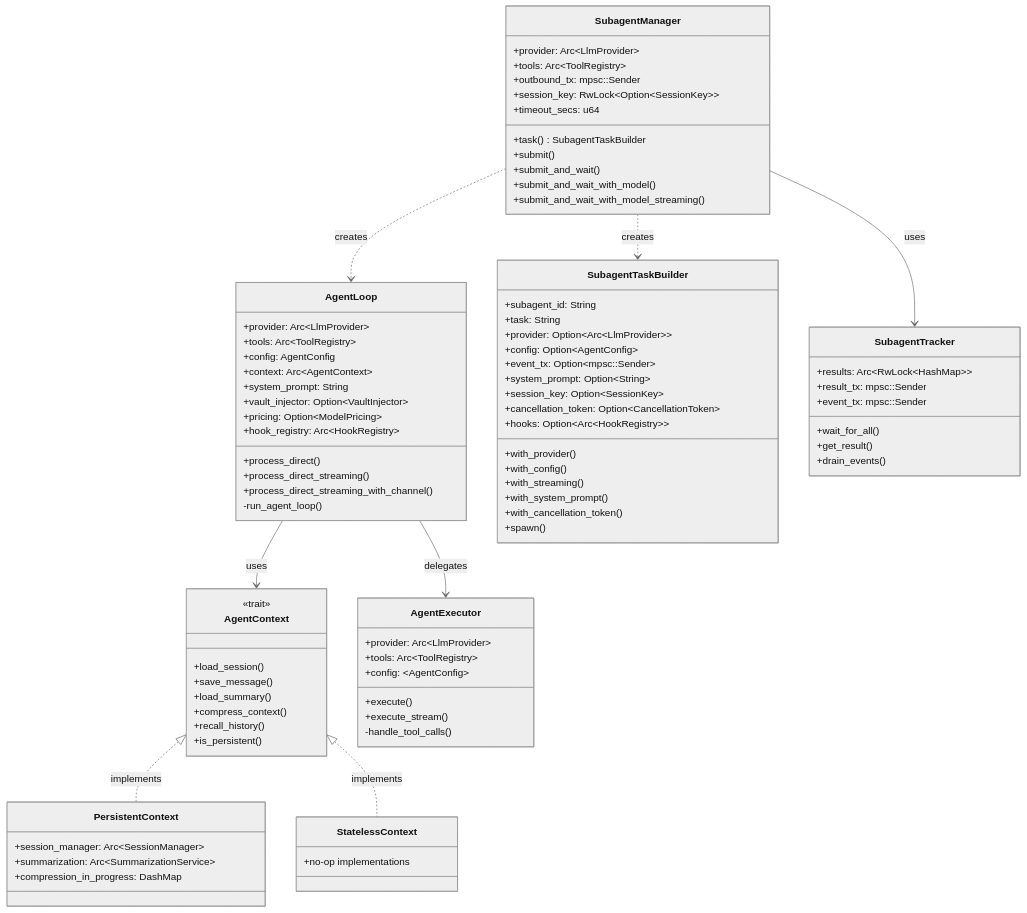
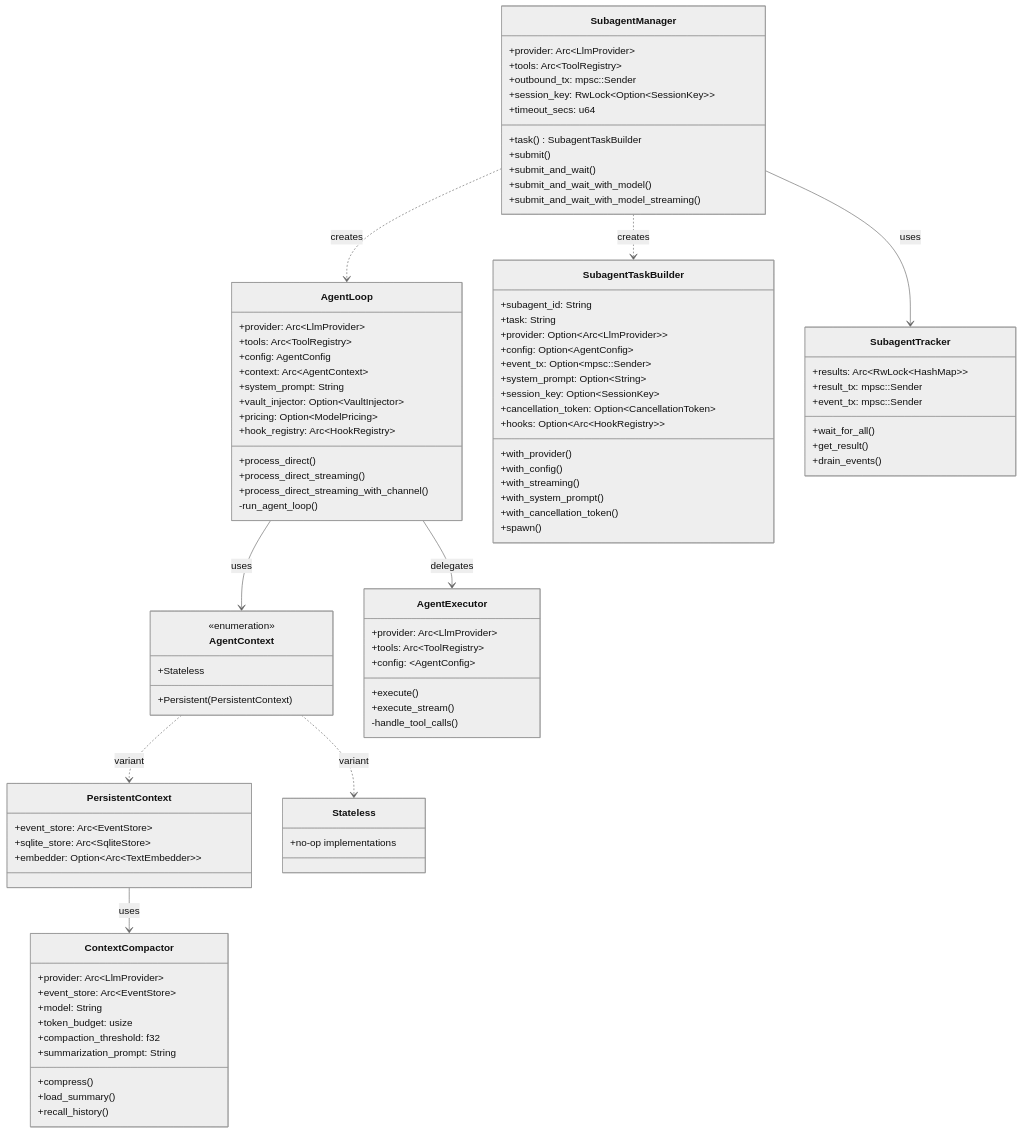
The fourth of 4 diagrams in docs/agent_flow.md (yeheng/nanobot-rs), drawn with Mermaid (neutral theme) before and after one commit. The commit also changed other lines of this file and 22 other files, not shown here.

```diff
--- a/docs/agent_flow.md
+++ b/docs/agent_flow.md
@@ -159,23 +159,31 @@
     }
 
     class AgentContext {
-        <<trait>>
-        +load_session()
-        +save_message()
-        +load_summary()
-        +compress_context()
-        +recall_history()
-        +is_persistent()
+        <<enumeration>>
+        +Persistent(PersistentContext)
+        +Stateless
     }
 
     class PersistentContext {
-        +session_manager: Arc~SessionManager~
-        +summarization: Arc~SummarizationService~
-        +compression_in_progress: DashMap
+        +event_store: Arc~EventStore~
+        +sqlite_store: Arc~SqliteStore~
+        +embedder: Option~Arc~TextEmbedder~~
     }
 
-    class StatelessContext {
+    class Stateless {
         +no-op implementations
+    }
+
+    class ContextCompactor {
+        +provider: Arc~LlmProvider~
+        +event_store: Arc~EventStore~
+        +model: String
+        +token_budget: usize
+        +compaction_threshold: f32
+        +summarization_prompt: String
+        +compress()
+        +load_summary()
+        +recall_history()
     }
 
     class AgentExecutor {
@@ -228,8 +236,9 @@
     }
 
     AgentLoop --> AgentContext : uses
-    AgentContext <|.. PersistentContext : implements
-    AgentContext <|.. StatelessContext : implements
+    AgentContext ..> PersistentContext : variant
+    AgentContext ..> Stateless : variant
+    PersistentContext --> ContextCompactor : uses
     AgentLoop --> AgentExecutor : delegates
     SubagentManager ..> AgentLoop : creates
     SubagentManager --> SubagentTracker : uses
```
